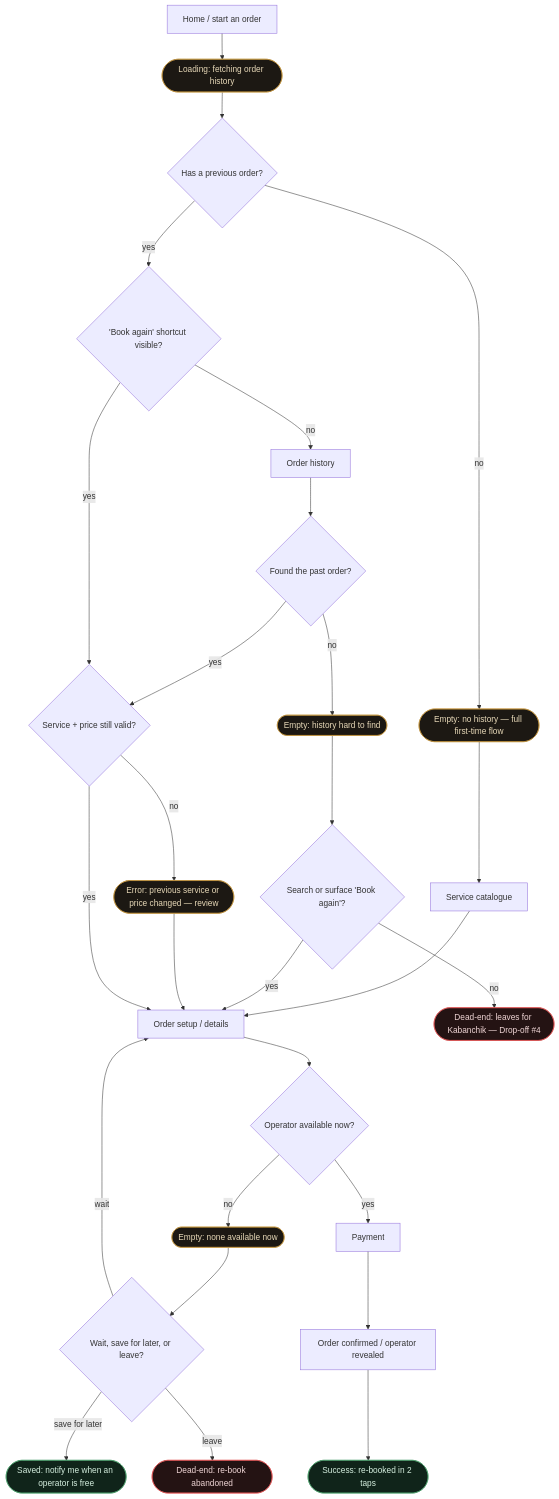
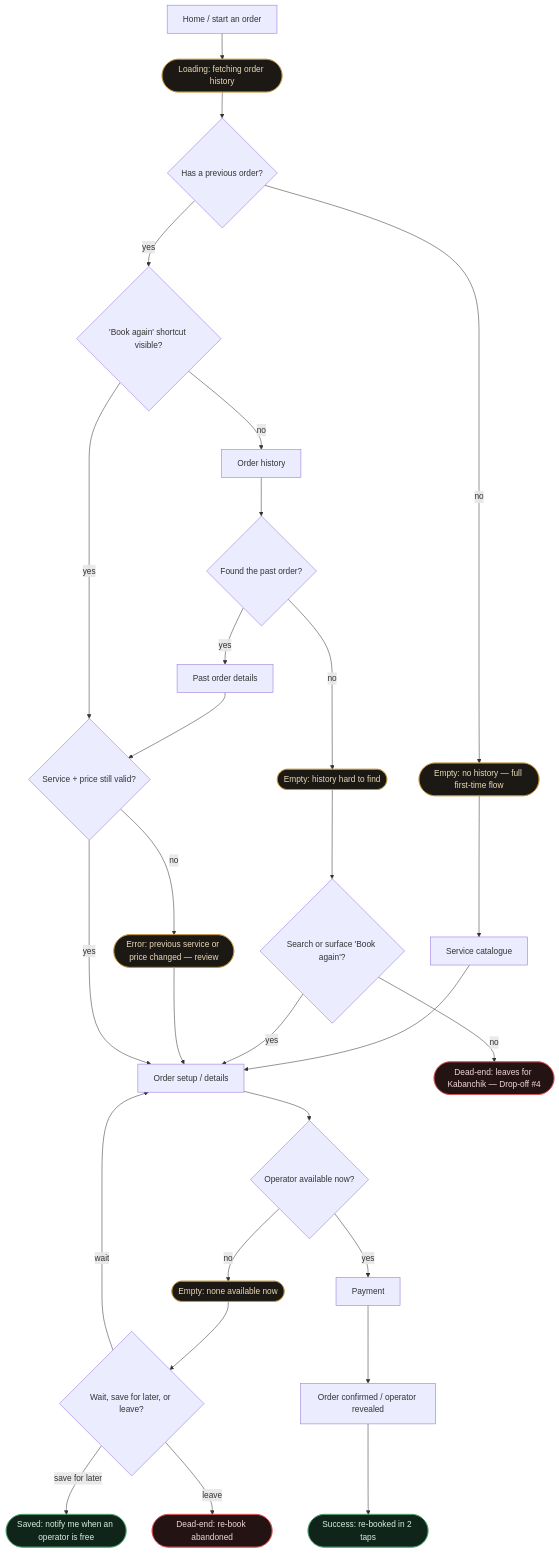
Before and after one commit to OlenkaBozhenko/DRON: the sixth of 13 diagrams in flows.md, drawn with Mermaid. The commit also changed other lines of this file and 5 other files, not shown here.

````diff
--- a/flows.md
+++ b/flows.md
@@ -285,32 +285,33 @@
 ```mermaid
 flowchart TD
   C["Home / start an order"] --> LH(["Loading: fetching order history"]):::state
   LH --> D1{"Has a previous order?"}
   D1 -->|no| E1(["Empty: no history — full first-time flow"]):::state
   E1 --> CAT["Service catalogue"]
   CAT --> PF["Order setup / details"]
   D1 -->|yes| D2{"'Book again' shortcut visible?"}
   D2 -->|no| HIS["Order history"]
   HIS --> D3{"Found the past order?"}
   D3 -->|no| E2(["Empty: history hard to find"]):::state
   E2 --> SR{"Search or surface 'Book again'?"}
   SR -->|yes| PF
   SR -->|no| X1(["Dead-end: leaves for Kabanchik — Drop-off #4"]):::dead
-  D3 -->|yes| D2b{"Service + price still valid?"}
+  D3 -->|yes| PD["Past order details"]
+  PD --> D2b{"Service + price still valid?"}
   D2 -->|yes| D2b
   D2b -->|no| E4(["Error: previous service or price changed — review"]):::state
   E4 --> PF
   D2b -->|yes| PF
   PF --> D4{"Operator available now?"}
   D4 -->|no| E3(["Empty: none available now"]):::state
   E3 --> D5{"Wait, save for later, or leave?"}
   D5 -->|wait| PF
   D5 -->|"save for later"| NA(["Saved: notify me when an operator is free"]):::done
   D5 -->|leave| X2(["Dead-end: re-book abandoned"]):::dead
   D4 -->|yes| PAY["Payment"]
   PAY --> CFM["Order confirmed / operator revealed"]
   CFM --> OK(["Success: re-booked in 2 taps"]):::done
   classDef state fill:#1c1813,stroke:#c4943a,color:#e8d9b8;
   classDef dead fill:#241313,stroke:#e05252,color:#f0d6d6;
   classDef done fill:#10241a,stroke:#4a9e6b,color:#d6f0e0;
 ```
````
